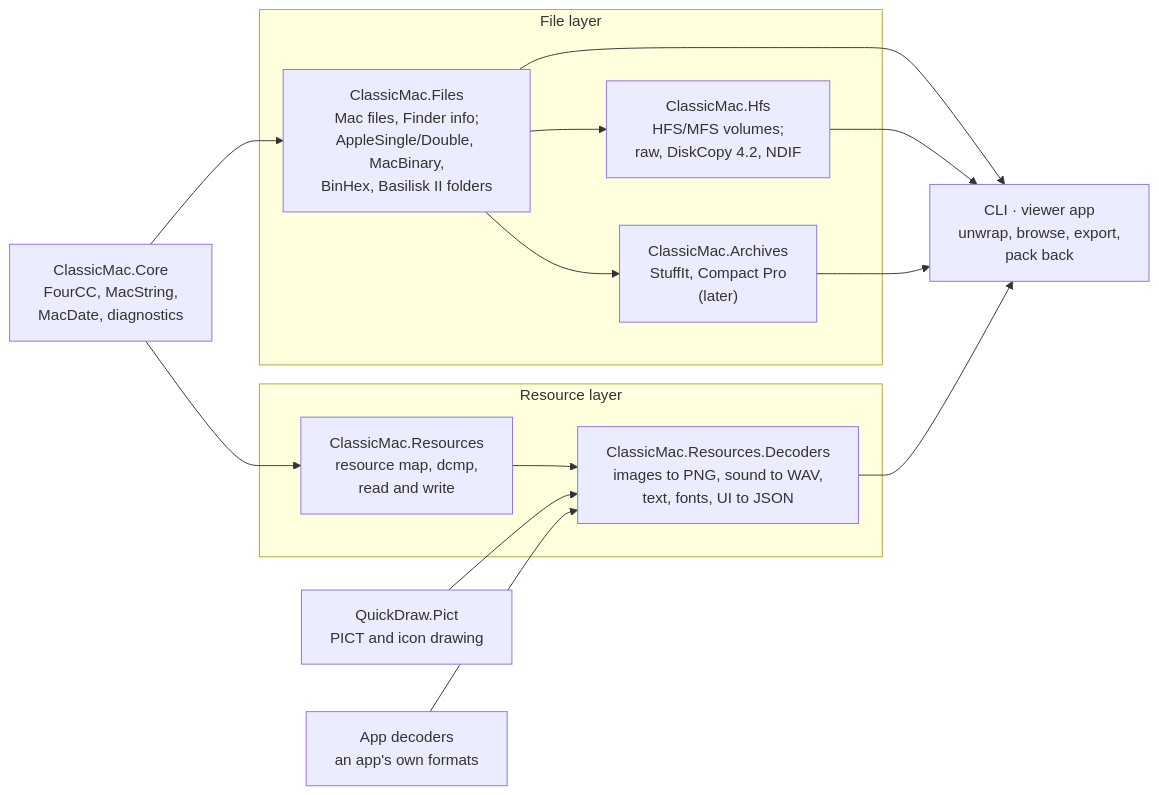
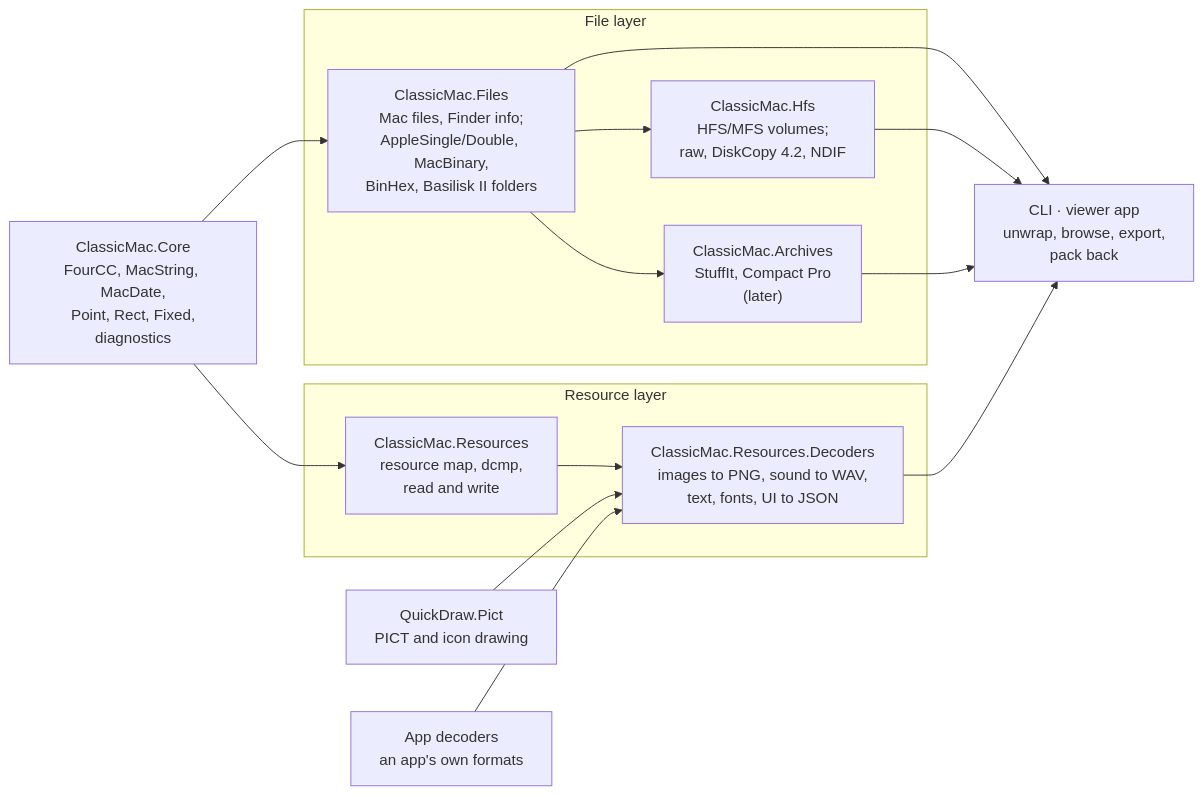
The diagram in docs/PLAN.md (inexin/ClassicMac), drawn with Mermaid before and after one commit. The commit also changed other lines of this file and 5 other files, not shown here.

First line of the commit message:
Core: MacPoint, MacRect, Fixed and UnsignedFixed

````diff
--- a/docs/PLAN.md
+++ b/docs/PLAN.md
@@ -252,20 +254,20 @@
 ```mermaid
 flowchart LR
-    B["ClassicMac.Core<br/>FourCC, MacString,<br/>MacDate, diagnostics"]
+    B["ClassicMac.Core<br/>FourCC, MacString, MacDate,<br/>Point, Rect, Fixed,<br/>diagnostics"]
     subgraph filelayer["File layer"]
         F["ClassicMac.Files<br/>Mac files, Finder info;<br/>AppleSingle/Double, MacBinary,<br/>BinHex, Basilisk II folders"]
         H["ClassicMac.Hfs<br/>HFS/MFS volumes;<br/>raw, DiskCopy 4.2, NDIF"]
         R["ClassicMac.Archives<br/>StuffIt, Compact Pro<br/>(later)"]
     end
     subgraph resourcelayer["Resource layer"]
         M["ClassicMac.Resources<br/>resource map, dcmp,<br/>read and write"]
         D["ClassicMac.Resources.Decoders<br/>images to PNG, sound to WAV,<br/>text, fonts, UI to JSON"]
     end
     E["CLI · viewer app<br/>unwrap, browse, export,<br/>pack back"]
     B --> F & M
     F --> H & R
     M --> D
     F & H & R & D --> E
     Q["QuickDraw.Pict<br/>PICT and icon drawing"] --> D
     A["App decoders<br/>an app's own formats"] --> D
 ```
````
